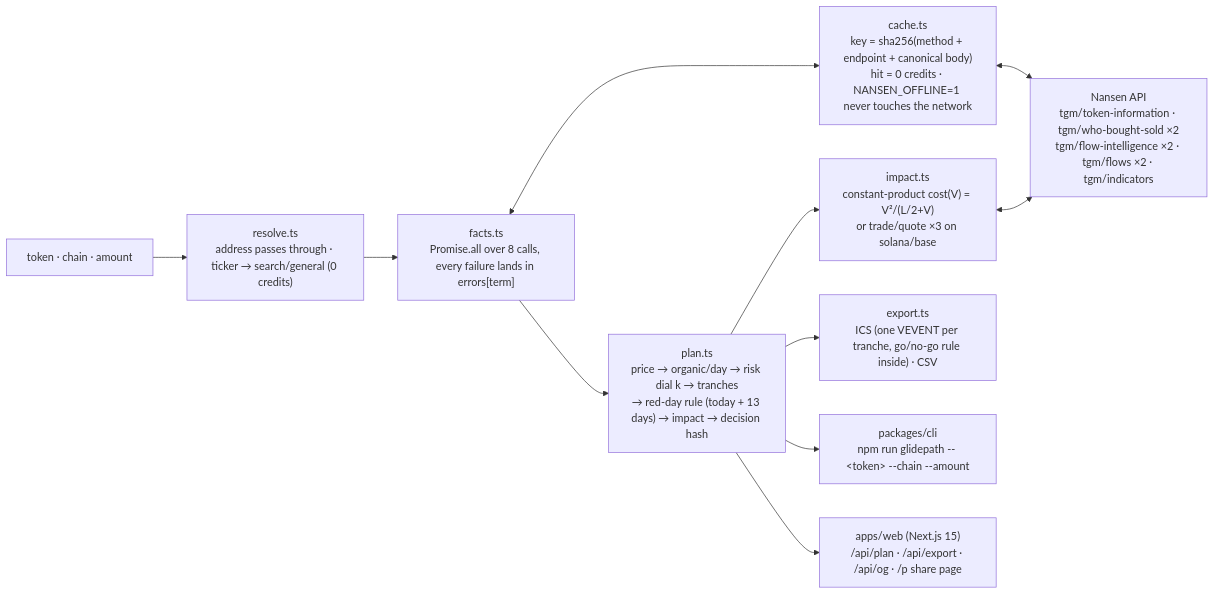
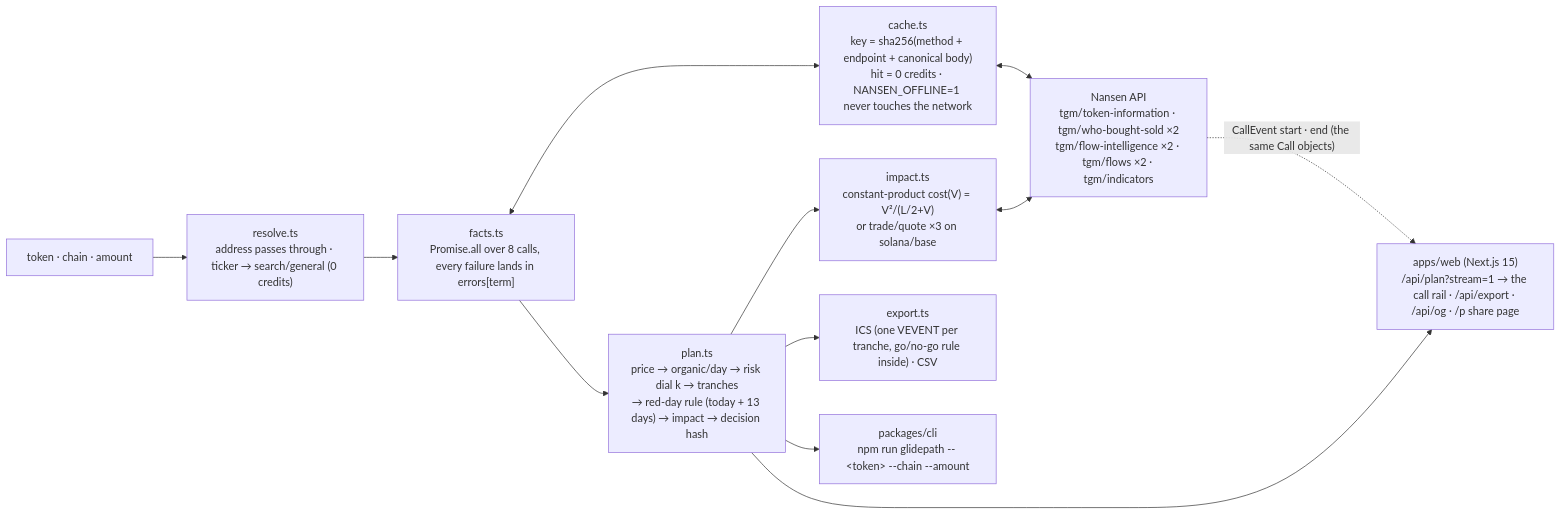
The diagram in README.md (edycutjong/glidepath), drawn with Mermaid before and after one commit. The commit also changed other lines of this file and 2 other files, not shown here.

Commit message:
docs(readme): architecture png re-rendered with the views row and the call stream (HTML → 2× PNG); mermaid + ARCHITECTURE.md carry the rail

````diff
--- a/README.md
+++ b/README.md
@@ -79,13 +79,14 @@
 ```mermaid
 flowchart LR
   IN["token · chain · amount"] --> R["resolve.ts<br/>address passes through · ticker → search/general (0 credits)"]
   R --> F["facts.ts<br/>Promise.all over 8 calls, every failure lands in errors[term]"]
   F <--> C["cache.ts<br/>key = sha256(method + endpoint + canonical body)<br/>hit = 0 credits · NANSEN_OFFLINE=1 never touches the network"]
   C <--> N["Nansen API<br/>tgm/token-information · tgm/who-bought-sold ×2<br/>tgm/flow-intelligence ×2 · tgm/flows ×2 · tgm/indicators"]
   F --> P["plan.ts<br/>price → organic/day → risk dial k → tranches<br/>→ red-day rule (today + 13 days) → impact → decision hash"]
   P --> Q["impact.ts<br/>constant-product cost(V) = V²/(L/2+V)<br/>or trade/quote ×3 on solana/base"]
   Q <--> N
   P --> X["export.ts<br/>ICS (one VEVENT per tranche, go/no-go rule inside) · CSV"]
   P --> CLI["packages/cli<br/>npm run glidepath -- &lt;token&gt; --chain --amount"]
-  P --> WEB["apps/web (Next.js 15)<br/>/api/plan · /api/export · /api/og · /p share page"]
+  P --> WEB["apps/web (Next.js 15)<br/>/api/plan?stream=1 → the call rail · /api/export · /api/og · /p share page"]
+  N -. "CallEvent start · end (the same Call objects)" .-> WEB
 ```
````
